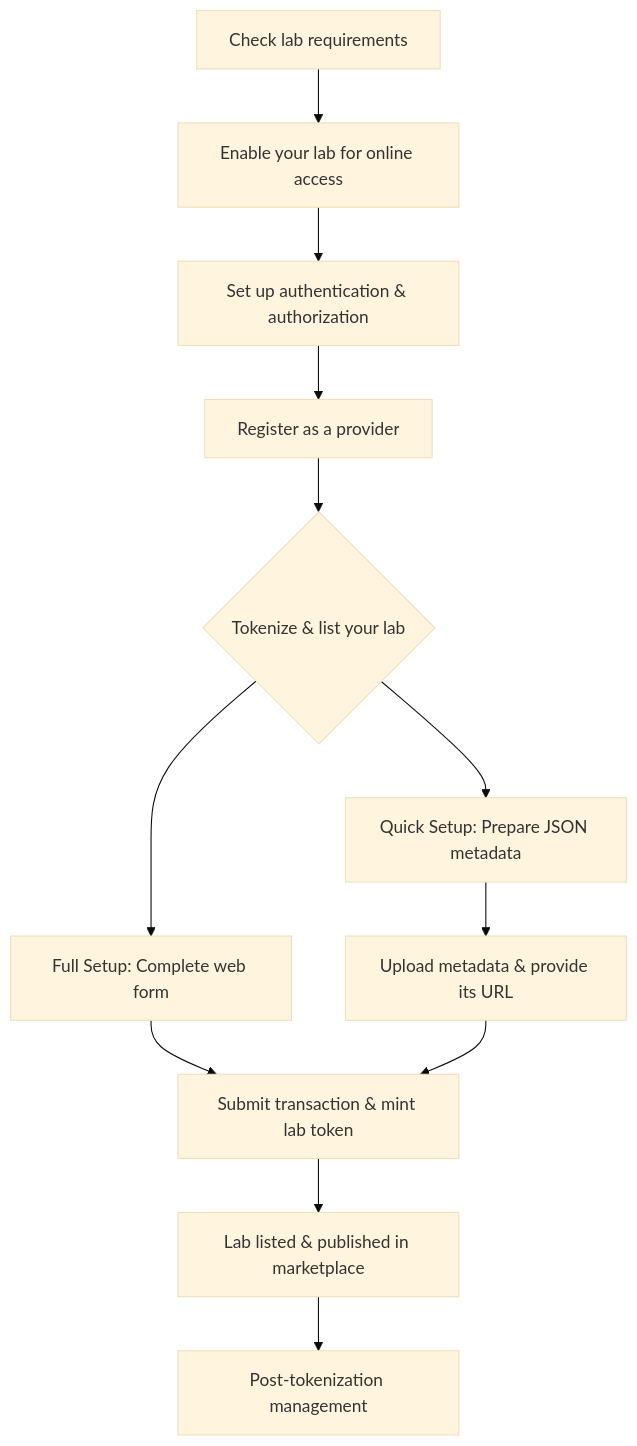
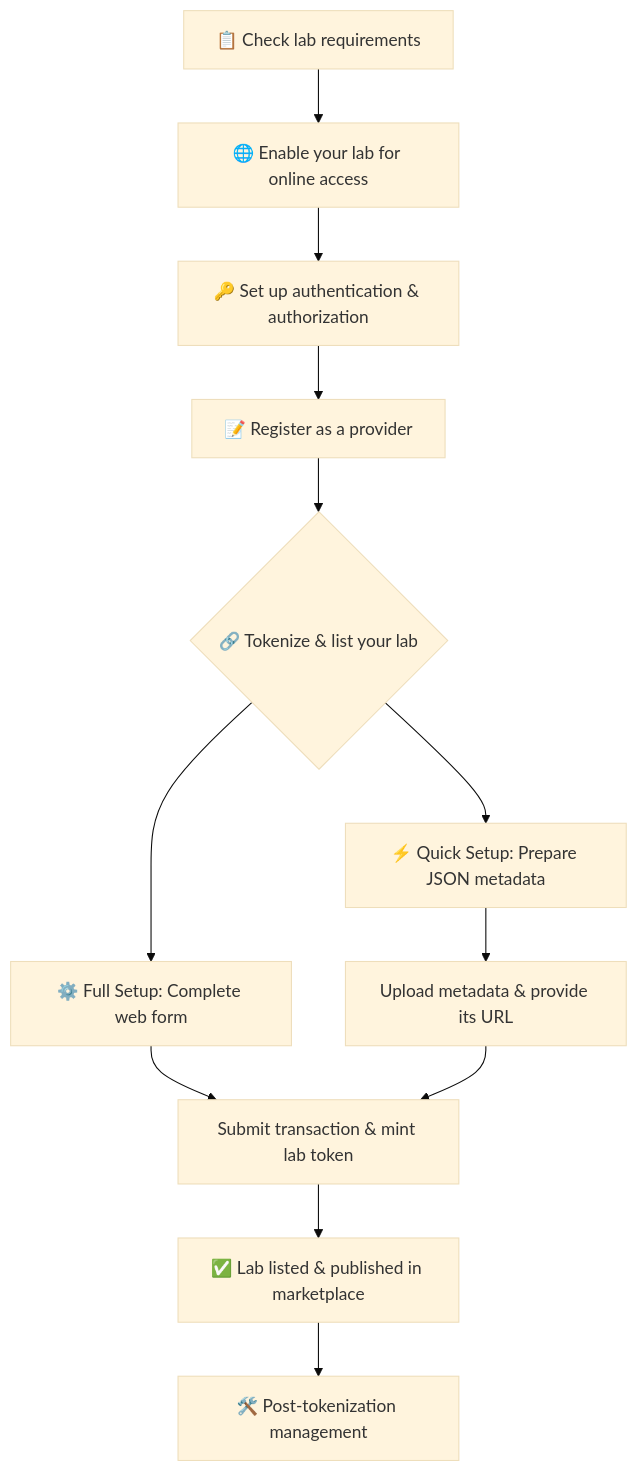
One commit to DecentraLabsCom/Marketplace changed the diagram in become-a-provider/graphical-overview.md. Above: the diagram before and after it, drawn with Mermaid (base theme). The commit also changed other lines of this file, not shown here.

Commit message:
GITBOOK-30: No subject

````diff
--- a/become-a-provider/graphical-overview.md
+++ b/become-a-provider/graphical-overview.md
@@ -13,19 +5,19 @@
 ```mermaid
 flowchart TD
-    A[Check lab requirements] --> B[Enable your lab for online access]
-    B --> C[Set up authentication & authorization]
-    C --> D[Register as a provider]
+    A[📋 Check lab requirements] --> B[🌐 Enable your lab for online access]
+    B --> C[🔑 Set up authentication & authorization]
+    C --> D[📝 Register as a provider]
 
-    D --> E{Tokenize & list your lab}
+    D --> E{🔗 Tokenize & list your lab}
 
-    E --> F1[Full Setup: Complete web form]
+    E --> F1[⚙️ Full Setup: Complete web form]
     F1 --> G1[Submit transaction & mint lab token]
 
-    E --> F2[Quick Setup: Prepare JSON metadata]
+    E --> F2[⚡ Quick Setup: Prepare JSON metadata]
     F2 --> G2[Upload metadata & provide its URL]
     G2 --> G1
 
-    G1 --> H[Lab listed & published in marketplace]
-    H --> I[Post-tokenization management]
+    G1 --> H[✅ Lab listed & published in marketplace]
+    H --> I[🛠️ Post-tokenization management]
 
 ```
````
